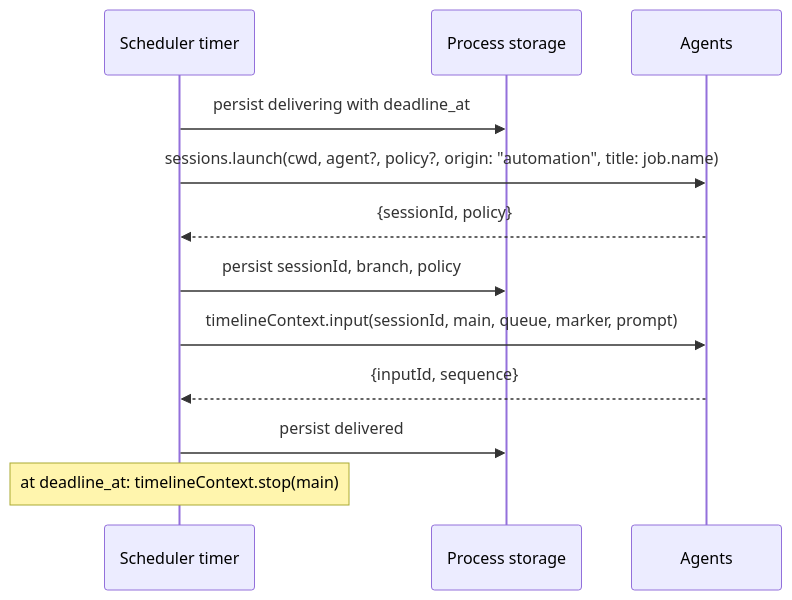
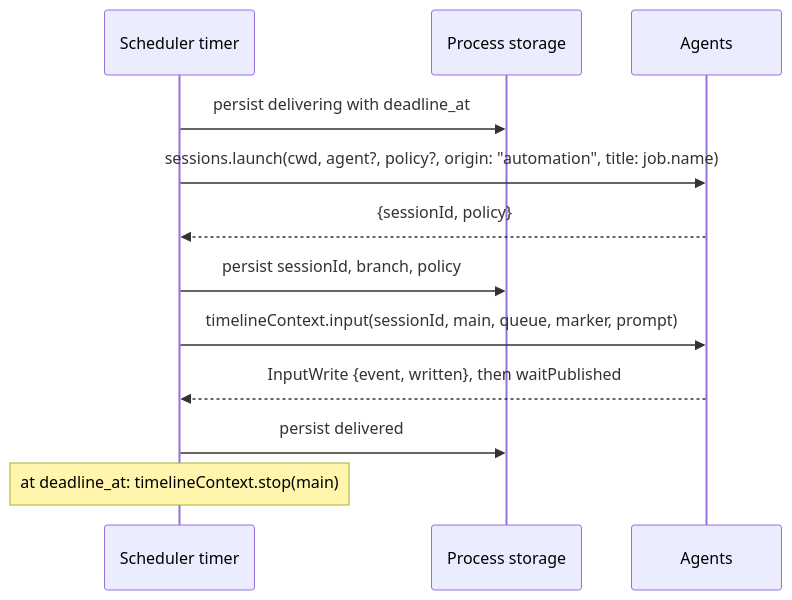
Before and after one commit to arcships/dim: the fourth of 5 diagrams in docs/design/plugins/Scheduler.md, drawn with Mermaid. The commit also changed other lines of this file and 28 other files, not shown here.

````diff
--- a/docs/design/plugins/Scheduler.md
+++ b/docs/design/plugins/Scheduler.md
@@ -249,14 +249,14 @@
 ```mermaid
 sequenceDiagram
   participant T as Scheduler timer
   participant ST as Process storage
   participant AG as Agents
   T->>ST: persist delivering with deadline_at
   T->>AG: sessions.launch(cwd, agent?, policy?, origin: "automation", title: job.name)
   AG-->>T: {sessionId, policy}
   T->>ST: persist sessionId, branch, policy
   T->>AG: timelineContext.input(sessionId, main, queue, marker, prompt)
-  AG-->>T: {inputId, sequence}
+  AG-->>T: InputWrite {event, written}, then waitPublished
   T->>ST: persist delivered
   Note over T: at deadline_at: timelineContext.stop(main)
 ```
````
